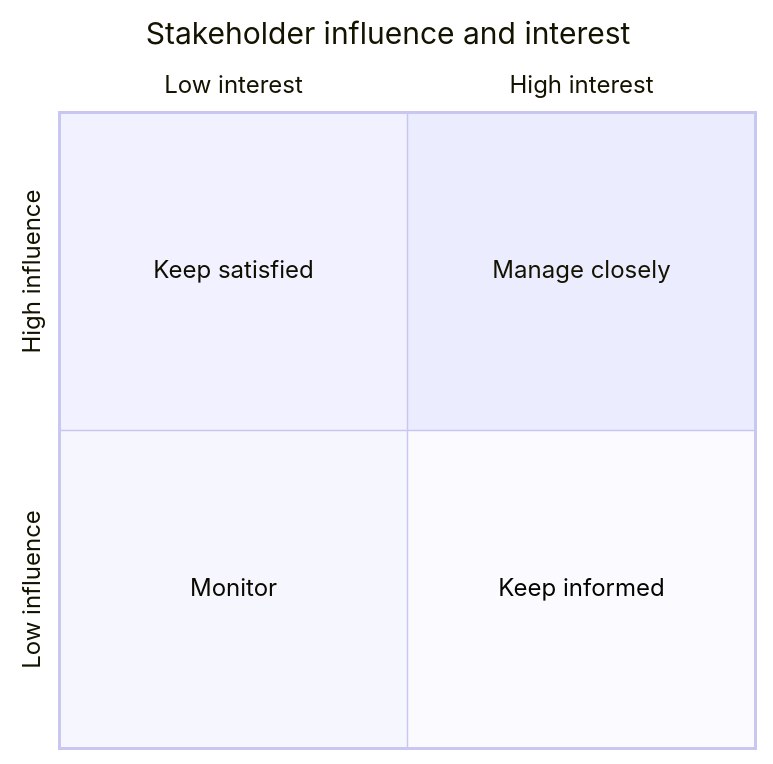
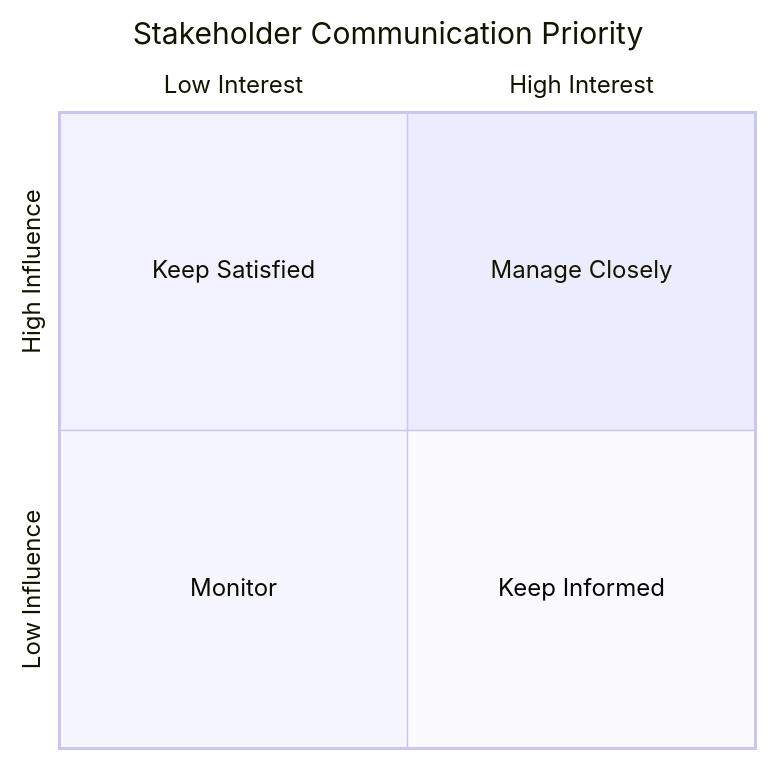
The second of 5 diagrams in src/content/behavioral/stakeholder-communication.md (AvadhBhalodiya/Interview-Preparation), drawn with Mermaid before and after one commit. The commit also changed other lines of this file and 54 other files, not shown here.

````diff
--- a/src/content/behavioral/stakeholder-communication.md
+++ b/src/content/behavioral/stakeholder-communication.md
@@ -103,10 +77,10 @@
 ```mermaid
 quadrantChart
-    title Stakeholder influence and interest
-    x-axis Low interest --> High interest
-    y-axis Low influence --> High influence
-    quadrant-1 Manage closely
-    quadrant-2 Keep satisfied
+    title Stakeholder Communication Priority
+    x-axis Low Interest --> High Interest
+    y-axis Low Influence --> High Influence
+    quadrant-1 Manage Closely
+    quadrant-2 Keep Satisfied
     quadrant-3 Monitor
-    quadrant-4 Keep informed
+    quadrant-4 Keep Informed
 ```
````
